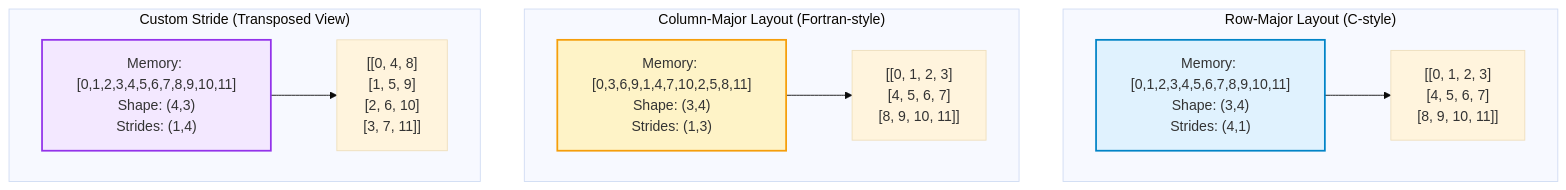
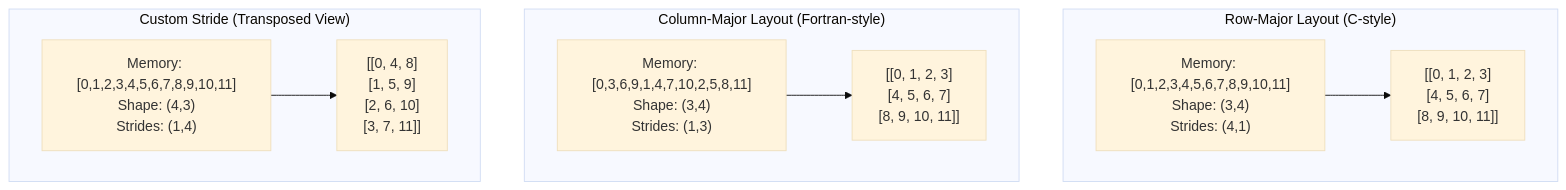
The third of 5 diagrams in projects/composablekernel/docs/conceptual/ck_tile/tensor_views.rst (hdt98/rocm-libraries), drawn with Mermaid (base theme) before and after one commit. The commit also changed other lines of this file and 21 other files, not shown here.

First line of the commit message:
[ck] Updated CK Tile documentation to use mermaid diagrams (#7955)

```diff
--- a/projects/composablekernel/docs/conceptual/ck_tile/tensor_views.rst
+++ b/projects/composablekernel/docs/conceptual/ck_tile/tensor_views.rst
@@ -179,24 +131,20 @@
-      .. mermaid::
-      
-         graph TB
-             subgraph "Row-Major Layout (C-style)"
-                 RM["Memory: [0,1,2,3,4,5,6,7,8,9,10,11]<br/>Shape: (3,4)<br/>Strides: (4,1)"]
-                 RMMatrix["[[0, 1, 2, 3]<br/> [4, 5, 6, 7]<br/> [8, 9, 10, 11]]"]
-                 RM --> RMMatrix
-             end
-   
-             subgraph "Column-Major Layout (Fortran-style)"
-                 CM["Memory: [0,3,6,9,1,4,7,10,2,5,8,11]<br/>Shape: (3,4)<br/>Strides: (1,3)"]
-                 CMMatrix["[[0, 1, 2, 3]<br/> [4, 5, 6, 7]<br/> [8, 9, 10, 11]]"]
-                 CM --> CMMatrix
-             end
-   
-             subgraph "Custom Stride (Transposed View)"
-                 TV["Memory: [0,1,2,3,4,5,6,7,8,9,10,11]<br/>Shape: (4,3)<br/>Strides: (1,4)"]
-                 TVMatrix["[[0, 4, 8]<br/> [1, 5, 9]<br/> [2, 6, 10]<br/> [3, 7, 11]]"]
-                 TV --> TVMatrix
-             end
-   
-             style RM fill:#e0f2fe,stroke:#0284c7,stroke-width:2px
-             style CM fill:#fef3c7,stroke:#f59e0b,stroke-width:2px
-             style TV fill:#f3e8ff,stroke:#9333ea,stroke-width:2px
+.. mermaid::
+
+   graph TB
+       subgraph "Row-Major Layout (C-style)"
+           RM["Memory: [0,1,2,3,4,5,6,7,8,9,10,11]<br/>Shape: (3,4)<br/>Strides: (4,1)"]
+           RMMatrix["[[0, 1, 2, 3]<br/> [4, 5, 6, 7]<br/> [8, 9, 10, 11]]"]
+           RM --> RMMatrix
+       end
+
+       subgraph "Column-Major Layout (Fortran-style)"
+           CM["Memory: [0,3,6,9,1,4,7,10,2,5,8,11]<br/>Shape: (3,4)<br/>Strides: (1,3)"]
+           CMMatrix["[[0, 1, 2, 3]<br/> [4, 5, 6, 7]<br/> [8, 9, 10, 11]]"]
+           CM --> CMMatrix
+       end
+
+       subgraph "Custom Stride (Transposed View)"
+           TV["Memory: [0,1,2,3,4,5,6,7,8,9,10,11]<br/>Shape: (4,3)<br/>Strides: (1,4)"]
+           TVMatrix["[[0, 4, 8]<br/> [1, 5, 9]<br/> [2, 6, 10]<br/> [3, 7, 11]]"]
+           TV --> TVMatrix
+       end
```
